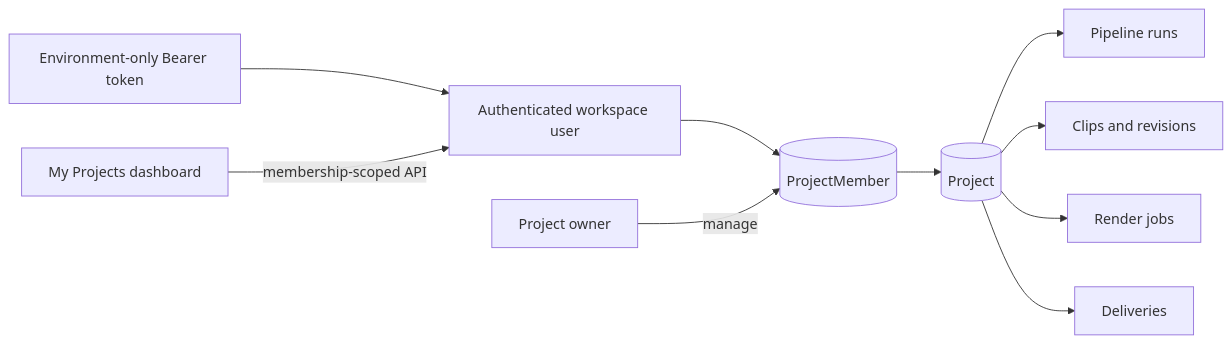
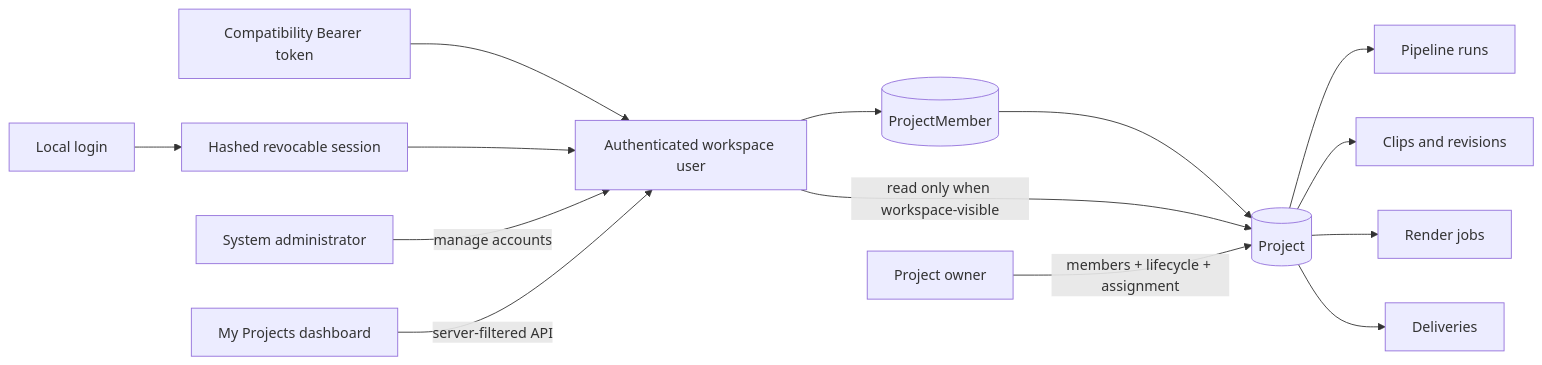
One commit to junhuaus/autoclip changed the second of 9 diagrams in docs/architecture.md. Above: the diagram before and after it, drawn with Mermaid. The commit also changed other lines of this file and 33 other files, not shown here.

Commit message:
feat: add professional project lifecycle

````diff
--- a/docs/architecture.md
+++ b/docs/architecture.md
@@ -25,12 +25,16 @@
 ```mermaid
 flowchart LR
-  TOKEN[Environment-only Bearer token] --> AUTH[Authenticated workspace user]
+  LOGIN[Local login] --> SESSION[Hashed revocable session]
+  TOKEN[Compatibility Bearer token] --> AUTH[Authenticated workspace user]
+  SESSION --> AUTH
+  ADMIN[System administrator] -->|manage accounts| AUTH
   AUTH --> MEMBERSHIP[(ProjectMember)]
   MEMBERSHIP --> PROJECT[(Project)]
+  AUTH -->|read only when workspace-visible| PROJECT
   PROJECT --> RUN[Pipeline runs]
   PROJECT --> CLIP[Clips and revisions]
   PROJECT --> RENDER[Render jobs]
   PROJECT --> DELIVERY[Deliveries]
-  OWNER[Project owner] -->|manage| MEMBERSHIP
-  WEB[My Projects dashboard] -->|membership-scoped API| AUTH
+  OWNER[Project owner] -->|members + lifecycle + assignment| PROJECT
+  WEB[My Projects dashboard] -->|server-filtered API| AUTH
 ```
````
